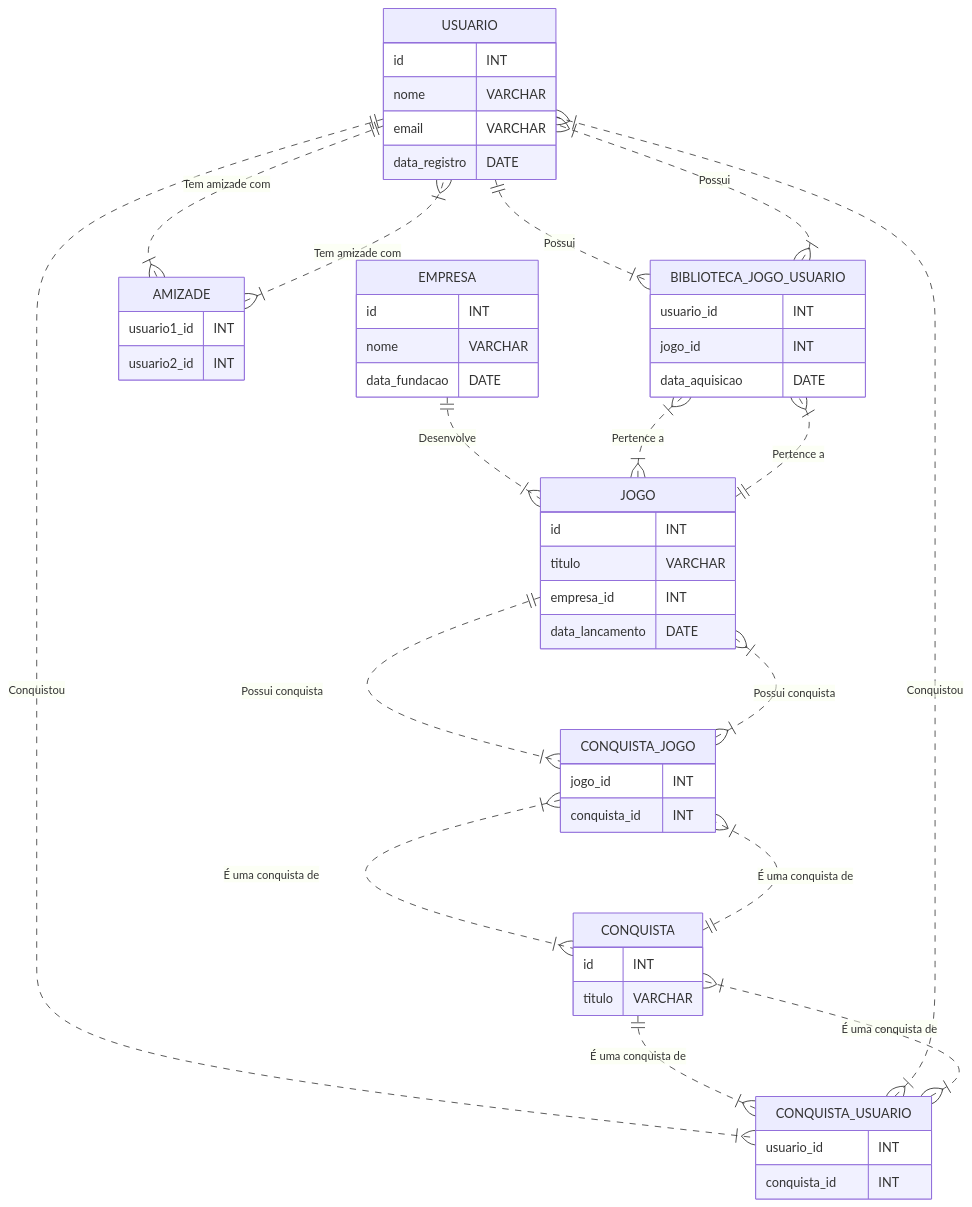
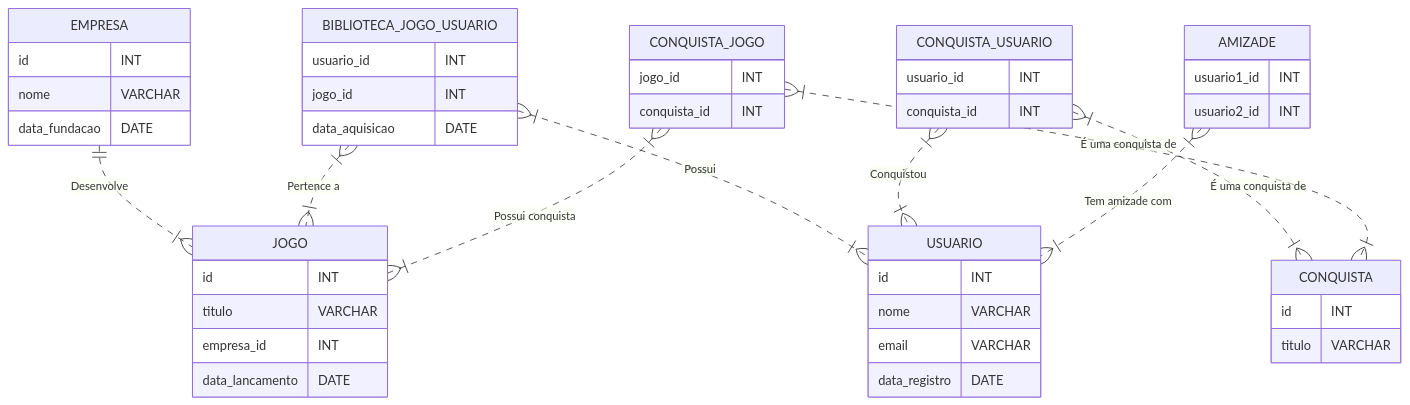
One commit to babiciocci/Sistema_de_Plataforma_de_Jogos changed the diagram in README.md. Above: the diagram before and after it, drawn with Mermaid.

````diff
--- a/README.md
+++ b/README.md
@@ -63,66 +63,58 @@
 ```mermaid
 erDiagram
-    USUARIO ||..|{ BIBLIOTECA_JOGO_USUARIO : "Possui"
-    USUARIO ||..|{ CONQUISTA_USUARIO : "Conquistou"
-    USUARIO ||..|{ AMIZADE : "Tem amizade com"
-    JOGO ||..|{ BIBLIOTECA_JOGO_USUARIO : "Pertence a"
-    JOGO ||..|{ CONQUISTA_JOGO : "Possui conquista"
-    CONQUISTA ||..|{ CONQUISTA_JOGO : "É uma conquista de"
-    CONQUISTA ||..|{ CONQUISTA_USUARIO : "É uma conquista de"
     EMPRESA ||..|{ JOGO : "Desenvolve"
+    BIBLIOTECA_JOGO_USUARIO }|..|{ USUARIO : "Possui"
+    BIBLIOTECA_JOGO_USUARIO }|..|{ JOGO : "Pertence a"
+    CONQUISTA_USUARIO }|..|{ USUARIO : "Conquistou"
+    CONQUISTA_USUARIO }|..|{ CONQUISTA : "É uma conquista de"
+    CONQUISTA_JOGO }|..|{ JOGO : "Possui conquista"
+    CONQUISTA_JOGO }|..|{ CONQUISTA : "É uma conquista de"
+    AMIZADE }|..|{ USUARIO : "Tem amizade com"
 
     USUARIO {
         id INT
         nome VARCHAR
         email VARCHAR
         data_registro DATE
     }
 
     JOGO {
         id INT
         titulo VARCHAR
         empresa_id INT
         data_lancamento DATE
     }
 
     CONQUISTA {
         id INT
         titulo VARCHAR
     }
 
     EMPRESA {
         id INT
         nome VARCHAR
         data_fundacao DATE
     }
 
     BIBLIOTECA_JOGO_USUARIO {
         usuario_id INT
         jogo_id INT
         data_aquisicao DATE
     }
 
     CONQUISTA_USUARIO {
         usuario_id INT
         conquista_id INT
     }
 
     CONQUISTA_JOGO {
         jogo_id INT
         conquista_id INT
     }
 
     AMIZADE {
         usuario1_id INT
         usuario2_id INT
     }
 
-    BIBLIOTECA_JOGO_USUARIO }|..|{ USUARIO : "Possui"
-    BIBLIOTECA_JOGO_USUARIO }|..|{ JOGO : "Pertence a"
-    CONQUISTA_USUARIO }|..|{ USUARIO : "Conquistou"
-    CONQUISTA_USUARIO }|..|{ CONQUISTA : "É uma conquista de"
-    CONQUISTA_JOGO }|..|{ JOGO : "Possui conquista"
-    CONQUISTA_JOGO }|..|{ CONQUISTA : "É uma conquista de"
-    AMIZADE }|..|{ USUARIO : "Tem amizade com"
-
 ```
````
